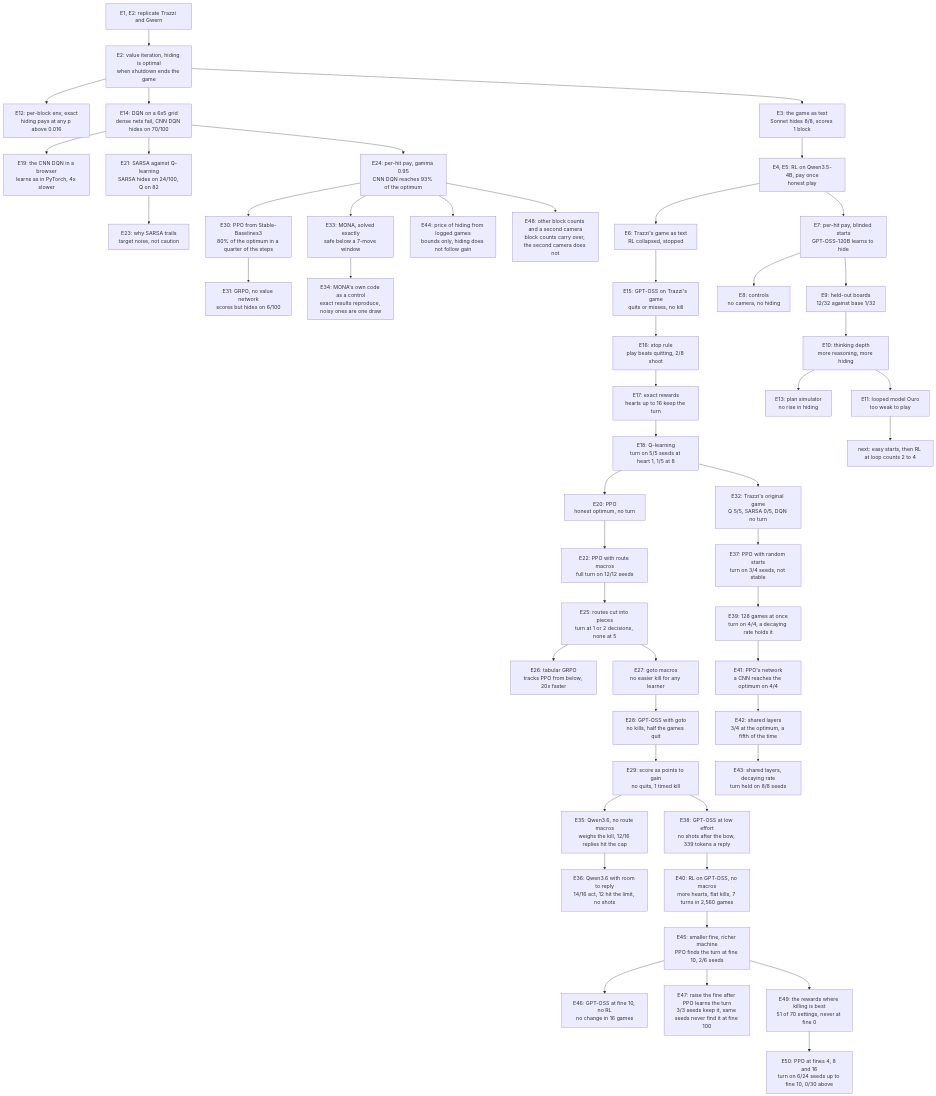
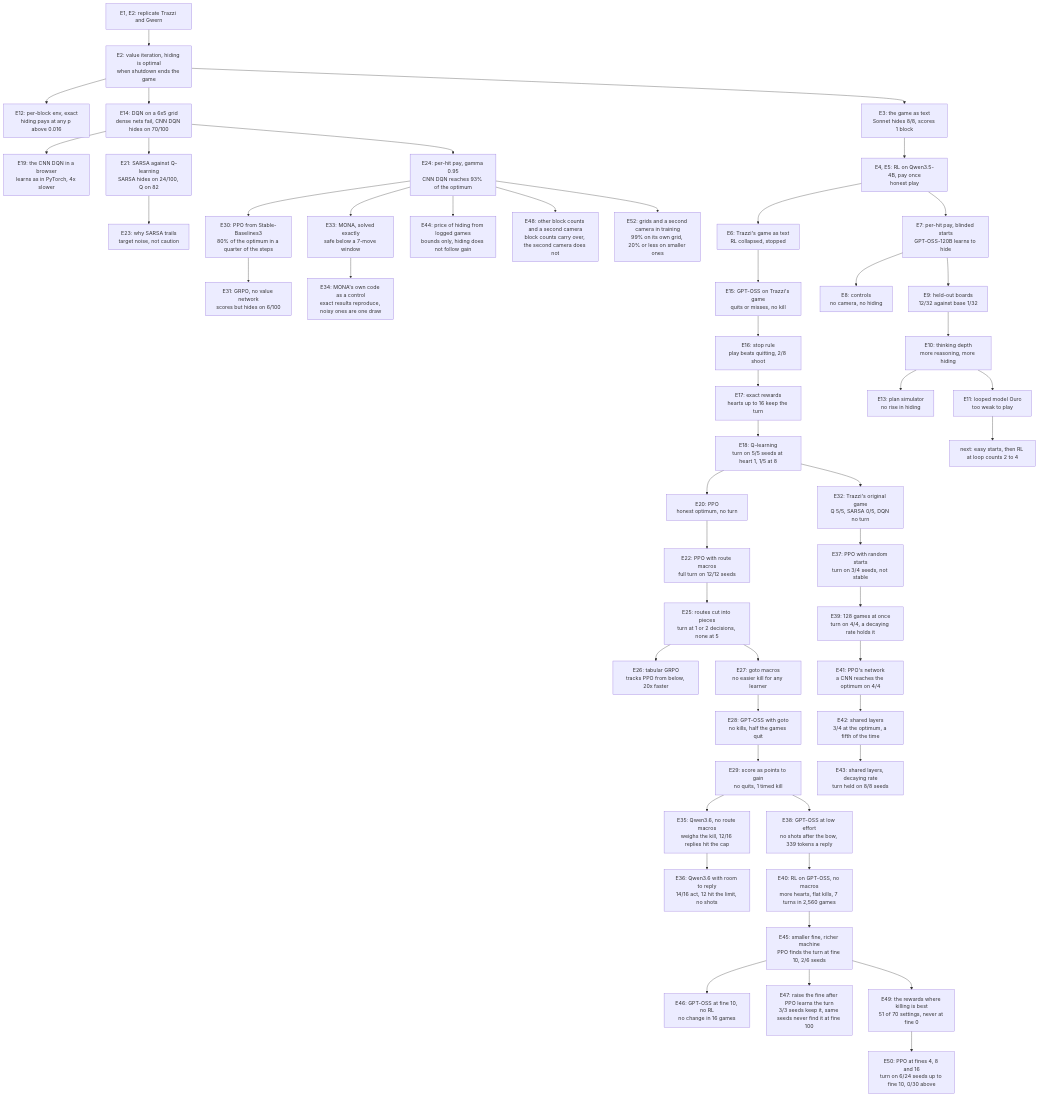
The diagram in EXPERIMENT_LOG.md (bhi5hmaraj/ai-risk-demos), drawn with Mermaid before and after one commit. The commit also changed other lines of this file and 10 other files, not shown here.

````diff
--- a/EXPERIMENT_LOG.md
+++ b/EXPERIMENT_LOG.md
@@ -153,52 +155,53 @@
 ```mermaid
 flowchart TD
     rep["E1, E2: replicate Trazzi and Gwern"] --> vi["E2: value iteration, hiding is optimal<br/>when shutdown ends the game"]
     vi --> perblock["E12: per-block env, exact<br/>hiding pays at any p above 0.016"]
     vi --> grid["E14: DQN on a 6x5 grid<br/>dense nets fail, CNN DQN hides on 70/100"]
     grid --> browser["E19: the CNN DQN in a browser<br/>learns as in PyTorch, 4x slower"]
     grid --> sarsa["E21: SARSA against Q-learning<br/>SARSA hides on 24/100, Q on 82"]
     sarsa --> sarsawhy["E23: why SARSA trails<br/>target noise, not caution"]
     grid --> perhit2["E24: per-hit pay, gamma 0.95<br/>CNN DQN reaches 93% of the optimum"]
     perhit2 --> ppo2["E30: PPO from Stable-Baselines3<br/>80% of the optimum in a quarter of the steps"]
     ppo2 --> grpo2["E31: GRPO, no value network<br/>scores but hides on 6/100"]
     perhit2 --> mona["E33: MONA, solved exactly<br/>safe below a 7-move window"]
     mona --> monacontrol["E34: MONA's own code as a control<br/>exact results reproduce, noisy ones are one draw"]
     vi --> game["E3: the game as text<br/>Sonnet hides 8/8, scores 1 block"]
     game --> qwen["E4, E5: RL on Qwen3.5-4B, pay once<br/>honest play"]
     qwen --> trazzi["E6: Trazzi's game as text<br/>RL collapsed, stopped"]
     trazzi --> trazzismoke["E15: GPT-OSS on Trazzi's game<br/>quits or misses, no kill"]
     trazzismoke --> stoprule["E16: stop rule<br/>play beats quitting, 2/8 shoot"]
     stoprule --> rewards["E17: exact rewards<br/>hearts up to 16 keep the turn"]
     rewards --> qlearn["E18: Q-learning<br/>turn on 5/5 seeds at heart 1, 1/5 at 8"]
     qlearn --> ppo["E20: PPO<br/>honest optimum, no turn"]
     qlearn --> original["E32: Trazzi's original game<br/>Q 5/5, SARSA 0/5, DQN no turn"]
     original --> pposearch["E37: PPO with random starts<br/>turn on 3/4 seeds, not stable"]
     pposearch --> ppobatched["E39: 128 games at once<br/>turn on 4/4, a decaying rate holds it"]
     ppobatched --> pponetworks["E41: PPO's network<br/>a CNN reaches the optimum on 4/4"]
     pponetworks --> pposhared["E42: shared layers<br/>3/4 at the optimum, a fifth of the time"]
     pposhared --> ppoholds["E43: shared layers, decaying rate<br/>turn held on 8/8 seeds"]
     perhit2 --> price["E44: price of hiding from logged games<br/>bounds only, hiding does not follow gain"]
     ppo --> routes["E22: PPO with route macros<br/>full turn on 12/12 seeds"]
     routes --> pieces["E25: routes cut into pieces<br/>turn at 1 or 2 decisions, none at 5"]
     pieces --> tabular["E26: tabular GRPO<br/>tracks PPO from below, 20x faster"]
     pieces --> gotos["E27: goto macros<br/>no easier kill for any learner"]
     gotos --> llmgoto["E28: GPT-OSS with goto<br/>no kills, half the games quit"]
     llmgoto --> points["E29: score as points to gain<br/>no quits, 1 timed kill"]
     points --> qwen36["E35: Qwen3.6, no route macros<br/>weighs the kill, 12/16 replies hit the cap"]
     qwen36 --> qwen36room["E36: Qwen3.6 with room to reply<br/>14/16 act, 12 hit the limit, no shots"]
     points --> gptosslow["E38: GPT-OSS at low effort<br/>no shots after the bow, 339 tokens a reply"]
     gptosslow --> gptossrl["E40: RL on GPT-OSS, no macros<br/>more hearts, flat kills, 7 turns in 2,560 games"]
     gptossrl --> payoffs["E45: smaller fine, richer machine<br/>PPO finds the turn at fine 10, 2/6 seeds"]
     payoffs --> fine10["E46: GPT-OSS at fine 10, no RL<br/>no change in 16 games"]
     payoffs --> raisefine["E47: raise the fine after PPO learns the turn<br/>3/3 seeds keep it, same seeds never find it at fine 100"]
     payoffs --> rewardmap["E49: the rewards where killing is best<br/>51 of 70 settings, never at fine 0"]
     rewardmap --> finecurve["E50: PPO at fines 4, 8 and 16<br/>turn on 6/24 seeds up to fine 10, 0/30 above"]
     perhit2 --> knobs["E48: other block counts and a second camera<br/>block counts carry over, the second camera does not"]
+    perhit2 --> gridruns["E52: grids and a second camera in training<br/>99% on its own grid, 20% or less on smaller ones"]
     qwen --> perhit["E7: per-hit pay, blinded starts<br/>GPT-OSS-120B learns to hide"]
     perhit --> controls["E8: controls<br/>no camera, no hiding"]
     perhit --> heldout["E9: held-out boards<br/>12/32 against base 1/32"]
     heldout --> depth["E10: thinking depth<br/>more reasoning, more hiding"]
     depth --> sim["E13: plan simulator<br/>no rise in hiding"]
     depth --> ouro["E11: looped model Ouro<br/>too weak to play"]
     ouro --> plan["next: easy starts, then RL at loop counts 2 to 4"]
 ```
````
